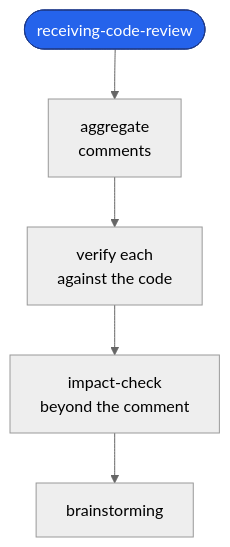
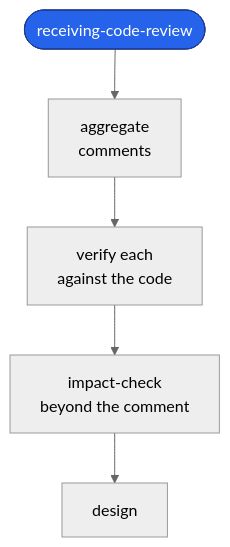
One commit to dashworthy/engineering changed the fourth of 6 diagrams in README.md. Above: the diagram before and after it, drawn with Mermaid (neutral theme). The commit also changed other lines of this file and 33 other files, not shown here.

````diff
--- a/README.md
+++ b/README.md
@@ -111,9 +111,9 @@
 ```mermaid
 flowchart TD
     classDef entry fill:#2563eb,stroke:#1e3a8a,color:#fff
 
     RC(["receiving-code-review"]):::entry --> RC1["aggregate<br/>comments"]
     RC1 --> RC2["verify each<br/>against the code"]
     RC2 --> RC3["impact-check<br/>beyond the comment"]
-    RC3 --> BR["brainstorming"]
+    RC3 --> BR["design"]
 ```
````
